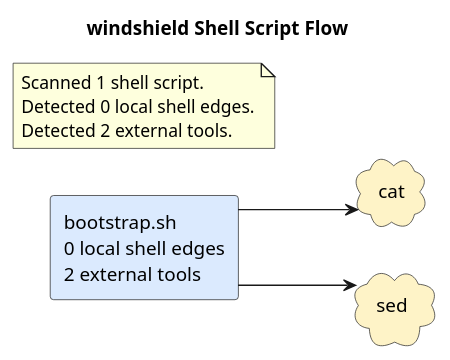
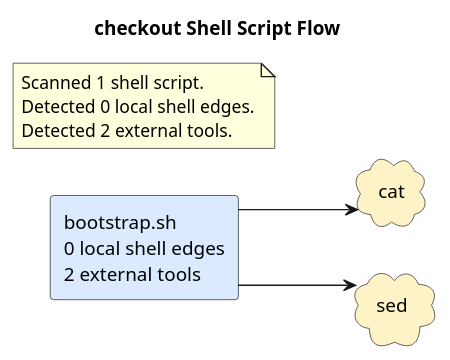
Before and after one commit to casonk/windshield: the diagram in docs/diagrams/shell-call-graph.puml, drawn with PlantUML. The commit also changed 9 other files, not shown here.

Commit message:
docs: refresh generated architecture diagrams (#20)

```diff
--- a/docs/diagrams/shell-call-graph.puml
+++ b/docs/diagrams/shell-call-graph.puml
@@ -1,18 +1,18 @@
 @startuml
-title windshield Shell Script Flow
+title checkout Shell Script Flow
 left to right direction
 skinparam shadowing false
 skinparam defaultFontName Monospace
 skinparam componentStyle rectangle
 skinparam linetype ortho
 rectangle "bootstrap.sh\n0 local shell edges\n2 external tools" as shell_bootstrap_sh #DBEAFE
 cloud "cat" as tool_cat #FEF3C7
 cloud "sed" as tool_sed #FEF3C7
 shell_bootstrap_sh --> tool_cat
 shell_bootstrap_sh --> tool_sed
 note as shellGraphSummary
 Scanned 1 shell script.
 Detected 0 local shell edges.
 Detected 2 external tools.
 end note
 @enduml
```
